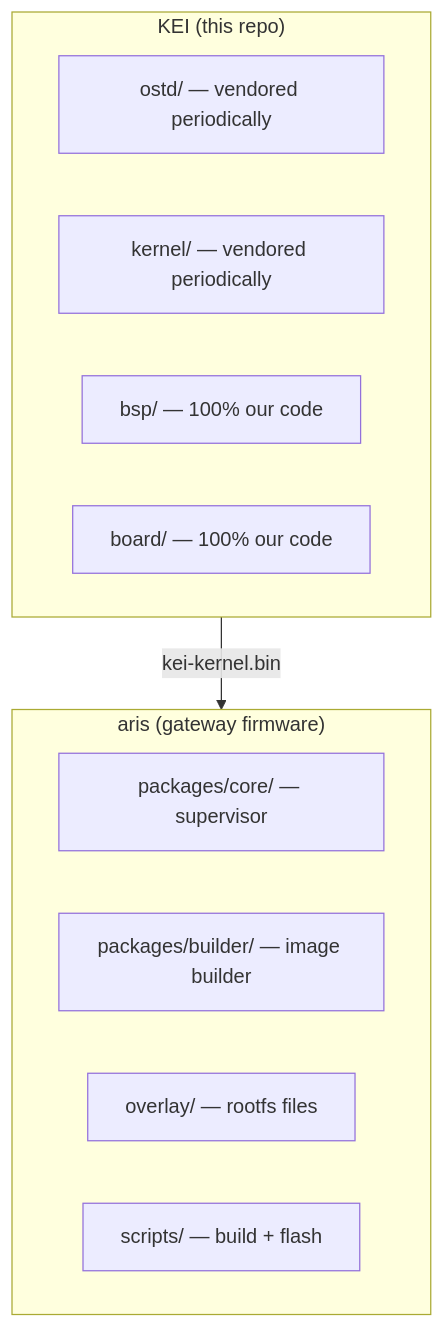
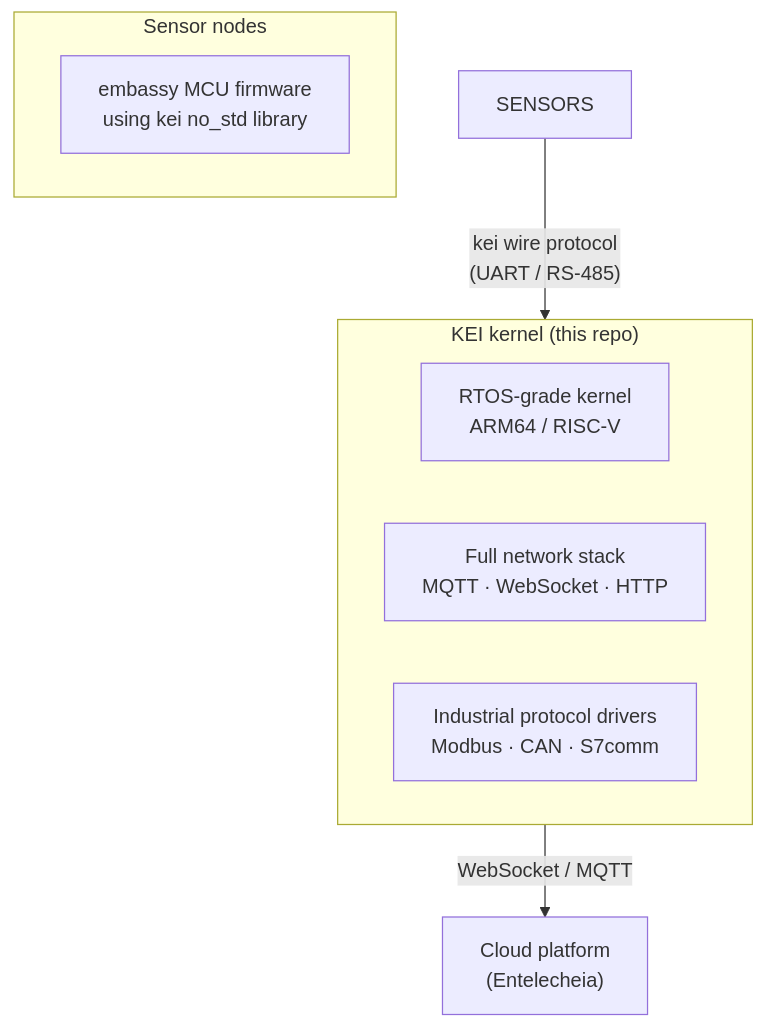
The diagram in README.md (celestia-island/kei), drawn with Mermaid before and after one commit. The commit also changed other lines of this file and 174 other files, not shown here.

First line of the commit message:
✨ Kei — Rust OS kernel for industrial IoT + no_std bridge library.

````diff
--- a/README.md
+++ b/README.md
@@ -52,16 +39,13 @@
 ```mermaid
 flowchart TB
-    subgraph KEI["KEI (this repo)"]
-        OSTD["ostd/ — vendored periodically"]
-        KERN["kernel/ — vendored periodically"]
-        BSP["bsp/ — 100% our code"]
-        BRD["board/ — 100% our code"]
+    subgraph Gateway["KEI kernel (this repo)"]
+        KERN["RTOS-grade kernel\nARM64 / RISC-V"]
+        NET["Full network stack\nMQTT · WebSocket · HTTP"]
+        DRV["Industrial protocol drivers\nModbus · CAN · S7comm"]
     end
-    subgraph ARIS["aris (gateway firmware)"]
-        CORE["packages/core/ — supervisor"]
-        BUILDER["packages/builder/ — image builder"]
-        OVL["overlay/ — rootfs files"]
-        SCR["scripts/ — build + flash"]
+    subgraph Sensors["Sensor nodes"]
+        EMB["embassy MCU firmware\nusing kei no_std library"]
     end
-    KEI -->|kei-kernel.bin| ARIS
+    SENSORS -->|"kei wire protocol\n(UART / RS-485)"| Gateway
+    Gateway -->|"WebSocket / MQTT"| CLOUD["Cloud platform\n(Entelecheia)"]
 ```
````
